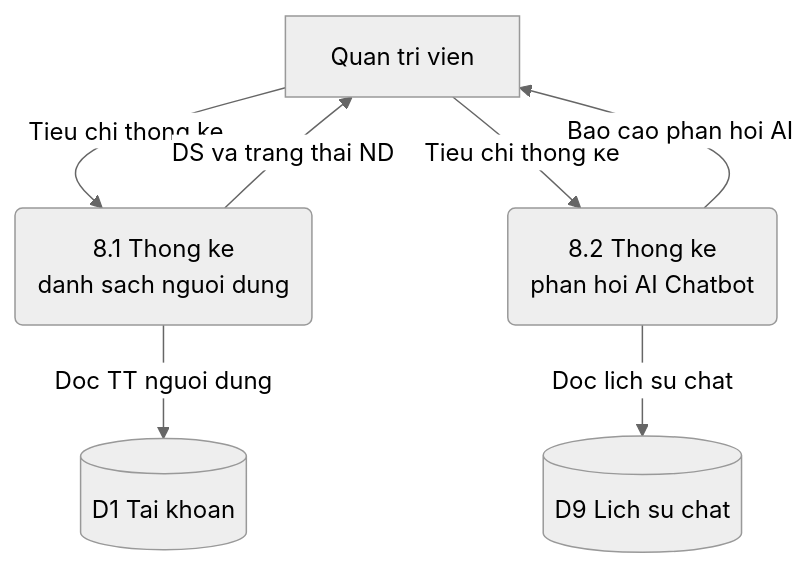
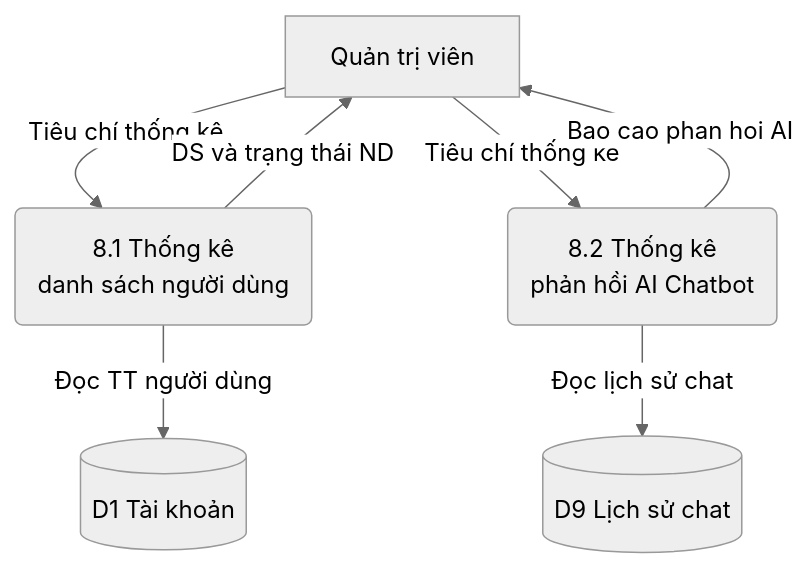
One commit to Hieu-vn/Graduation-Thesis changed the tenth of 10 diagrams in DFD_Diagrams.md. Above: the diagram before and after it, drawn with Mermaid (neutral theme). The commit also changed other lines of this file, not shown here.

Commit message:
docs: Update Data Flow Diagrams documentation.

````diff
--- a/DFD_Diagrams.md
+++ b/DFD_Diagrams.md
@@ -508,17 +508,17 @@
 ```mermaid
 flowchart TB
-    QT["Quan tri vien"]
-    D1[("D1 Tai khoan")]
-    D9[("D9 Lich su chat")]
+    QT["Quản trị viên"]
+    D1[("D1 Tài khoản")]
+    D9[("D9 Lịch sử chat")]
 
-    P81("8.1 Thong ke<br/>danh sach nguoi dung")
-    P82("8.2 Thong ke<br/>phan hoi AI Chatbot")
+    P81("8.1 Thống kê\ndanh sách người dùng")
+    P82("8.2 Thống kê\nphản hồi AI Chatbot")
 
-    QT -->|"Tieu chi thong ke"| P81
-    P81 -->|"Doc TT nguoi dung"| D1
-    P81 -->|"DS va trang thai ND"| QT
+    QT -->|"Tiêu chí thống kê"| P81
+    P81 -->|"Đọc TT người dùng"| D1
+    P81 -->|"DS và trạng thái ND"| QT
 
-    QT -->|"Tieu chi thong ke"| P82
-    P82 -->|"Doc lich su chat"| D9
+    QT -->|"Tiêu chí thống kê"| P82
+    P82 -->|"Đọc lịch sử chat"| D9
     P82 -->|"Bao cao phan hoi AI"| QT
 ```
````
